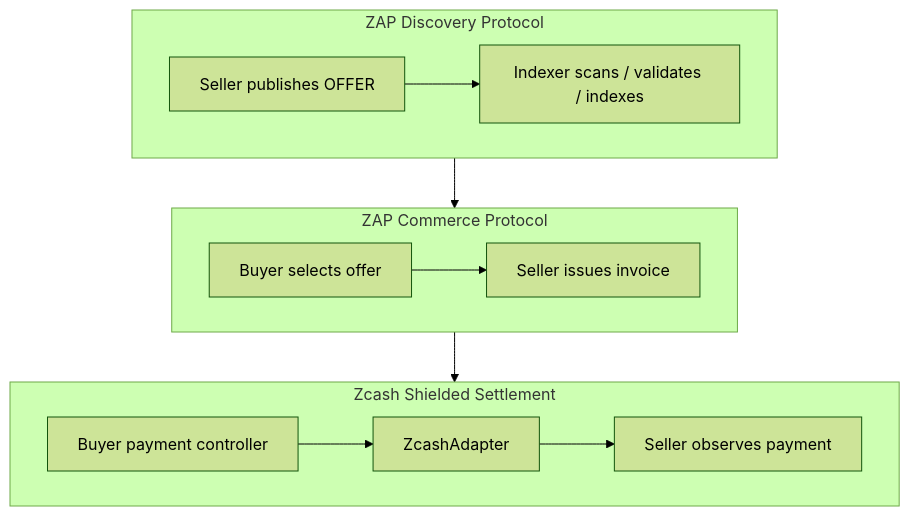
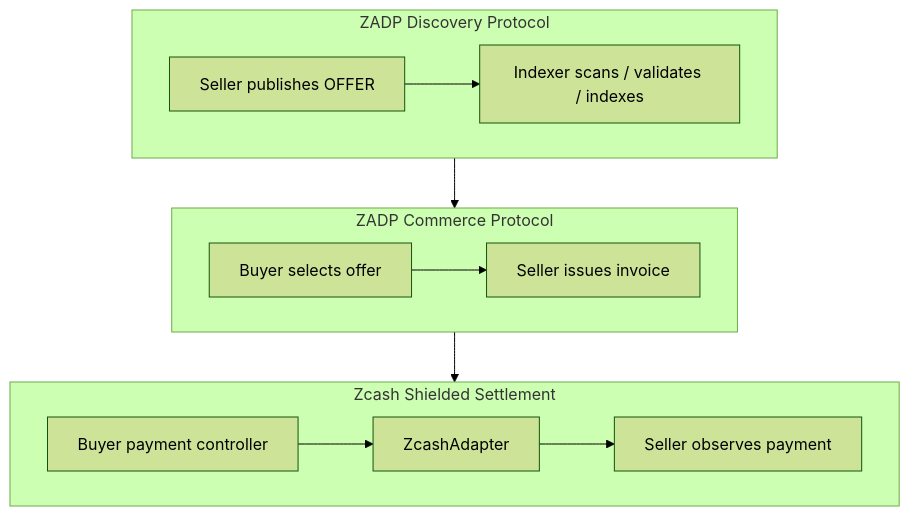
Before and after one commit to ZADP-protocol/ZADP: the first of 3 diagrams in docs/architecture.md, drawn with Mermaid (forest theme). The commit also changed other lines of this file and 63 other files, not shown here.

Commit message:
refactor: adopt ZADP (Zcash Agent Discovery Protocol) naming

````diff
--- a/docs/architecture.md
+++ b/docs/architecture.md
@@ -20,23 +20,23 @@
 ```mermaid
 flowchart TB
-  subgraph discovery [ZAP Discovery Protocol]
+  subgraph discovery [ZADP Discovery Protocol]
     SellerPub[Seller publishes OFFER]
     IndexerScan[Indexer scans / validates / indexes]
     SellerPub --> IndexerScan
   end
 
-  subgraph commerce [ZAP Commerce Protocol]
+  subgraph commerce [ZADP Commerce Protocol]
     Quote[Buyer selects offer]
     Invoice[Seller issues invoice]
     Quote --> Invoice
   end
 
   subgraph settlement [Zcash Shielded Settlement]
     Pay[Buyer payment controller]
     Adapter[ZcashAdapter]
     Observe[Seller observes payment]
     Pay --> Adapter --> Observe
   end
 
   discovery --> commerce --> settlement
 ```
````
